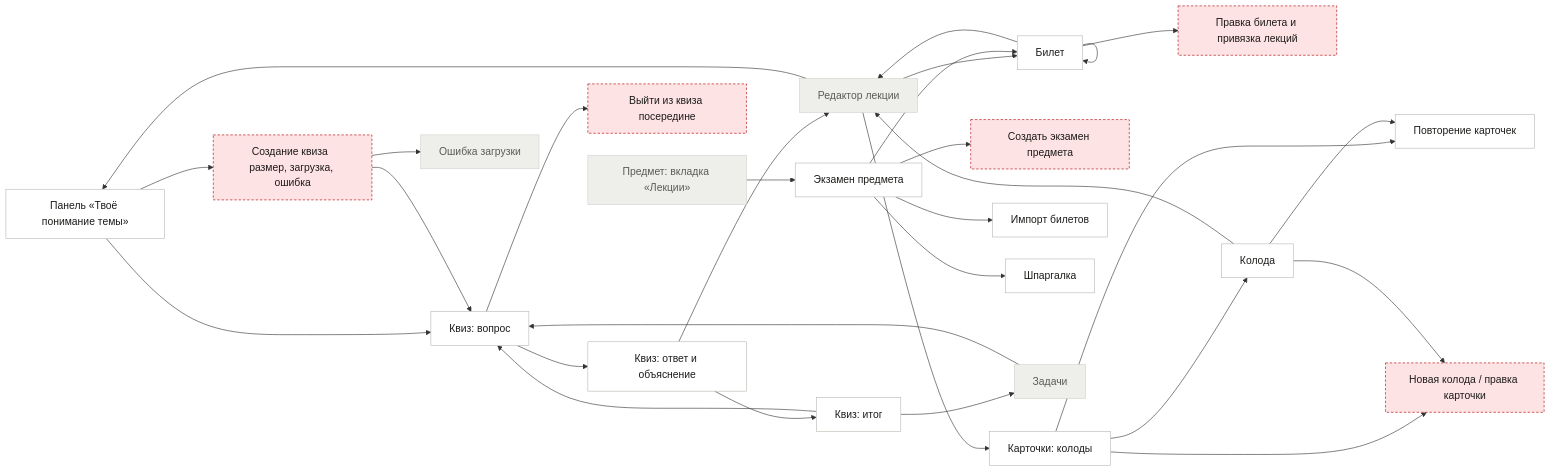
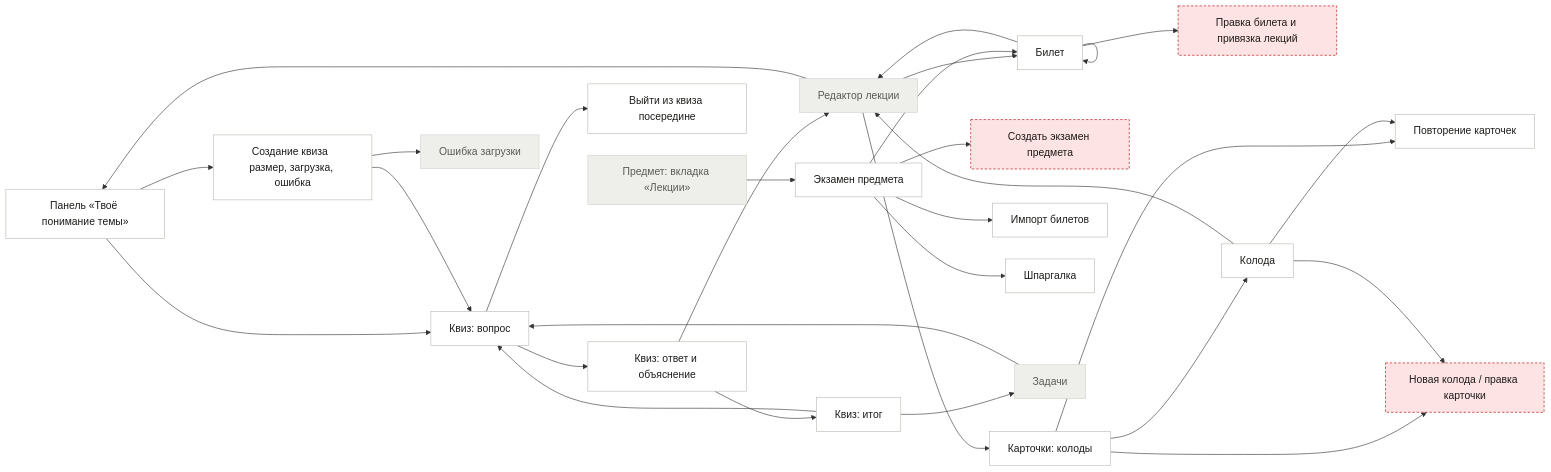
One commit to misha-quartzevsky/cohorta changed the fourth of 6 diagrams in docs/design/ia/userflow.md. Above: the diagram before and after it, drawn with Mermaid. The commit also changed other lines of this file and 1 other file, not shown here.

````diff
--- a/docs/design/ia/userflow.md
+++ b/docs/design/ia/userflow.md
@@ -267,76 +267,76 @@
 ```mermaid
 %%{init:{"themeVariables":{"fontSize":"17px"},"flowchart":{"nodeSpacing":36,"rankSpacing":80,"curve":"basis"}}}%%
 flowchart LR
   understanding["Панель «Твоё понимание темы»"]
   quiz_create["Создание квиза  размер, загрузка, ошибка "]
   quiz_q["Квиз: вопрос"]
   quiz_a["Квиз: ответ и объяснение"]
   quiz_sum["Квиз: итог"]
   quiz_exit["Выйти из квиза посередине"]
   cards["Карточки: колоды"]
   deck["Колода"]
   deck_edit["Новая колода / правка карточки"]
   cards_review["Повторение карточек"]
   exam["Экзамен предмета"]
   exam_new["Создать экзамен предмета"]
   ticket["Билет"]
   ticket_edit["Правка билета и привязка лекций"]
   ticket_import["Импорт билетов"]
   cheatsheet["Шпаргалка"]
   editor["Редактор лекции"]
   error["Ошибка загрузки"]
   subject["Предмет: вкладка «Лекции»"]
   tasks["Задачи"]
   subject --> exam
   editor --> understanding
   editor --> ticket
   editor --> cards
   understanding --> quiz_create
   understanding --> quiz_q
   quiz_create --> quiz_q
   quiz_create --> error
   quiz_q --> quiz_a
   quiz_q --> quiz_exit
   quiz_a --> editor
   quiz_a --> quiz_sum
   quiz_sum --> quiz_q
   quiz_sum --> tasks
   tasks --> quiz_q
   cards --> deck
   cards --> cards_review
   cards --> deck_edit
   deck --> cards_review
   deck --> deck_edit
   deck --> editor
   exam --> ticket
   exam --> ticket_import
   exam --> cheatsheet
   exam --> exam_new
   ticket --> ticket_edit
   ticket --> editor
   ticket --> ticket
   classDef ok fill:#FFFFFF,stroke:#B8B8B2,color:#1C1B19
   classDef no fill:#FDE3E3,stroke:#B00008,stroke-dasharray:4 3,color:#1C1B19
   classDef ex fill:#EEEEEB,stroke:#D2D2CD,color:#5A5A56
   classDef vi fill:#FDEBDB,stroke:#E86800,color:#1C1B19
   class understanding ok
-  class quiz_create no
+  class quiz_create ok
   class quiz_q ok
   class quiz_a ok
   class quiz_sum ok
-  class quiz_exit no
+  class quiz_exit ok
   class cards ok
   class deck ok
   class deck_edit no
   class cards_review ok
   class exam ok
   class exam_new no
   class ticket ok
   class ticket_edit no
   class ticket_import ok
   class cheatsheet ok
   class editor ex
   class error ex
   class subject ex
   class tasks ex
 ```
````
